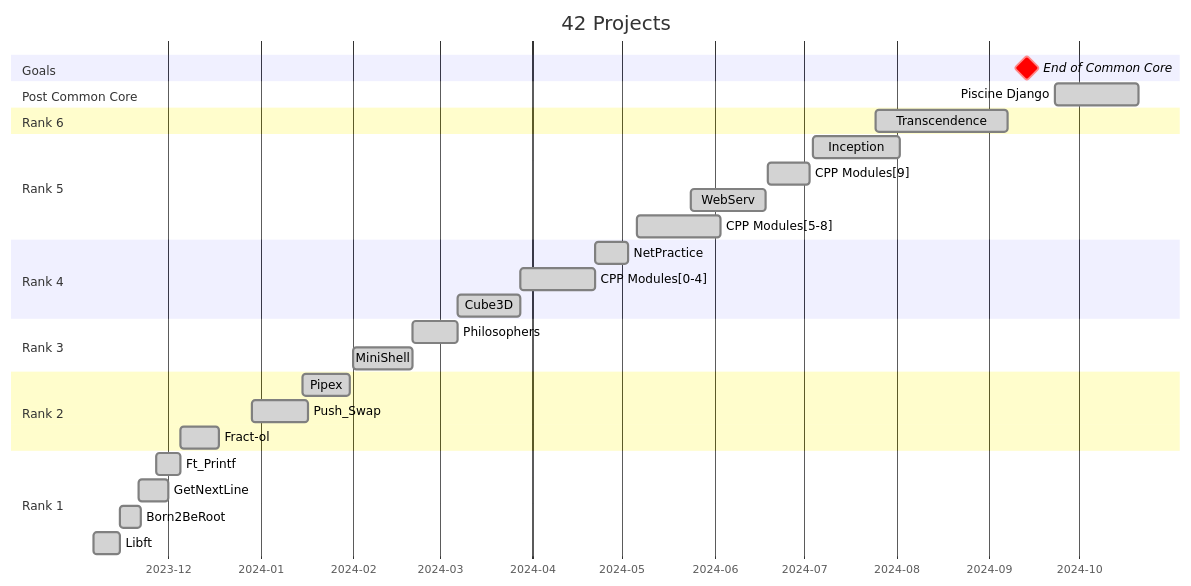
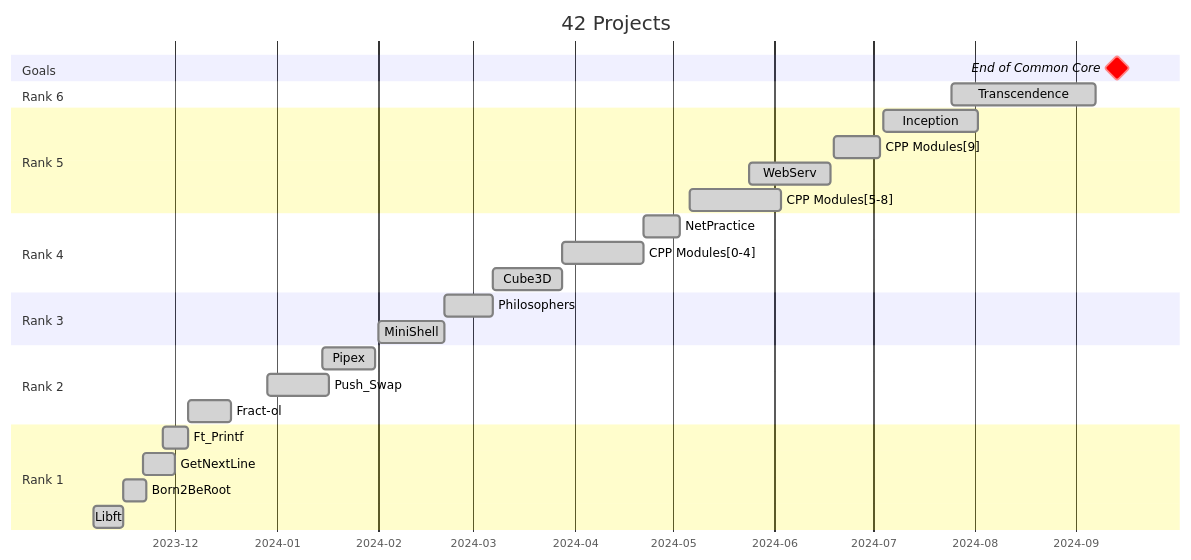
One commit to Tablerase/42_Projects changed the second of 3 diagrams in README.md. Above: the diagram before and after it, drawn with Mermaid. The commit also changed other lines of this file and 2 other files, not shown here.

````diff
--- a/README.md
+++ b/README.md
@@ -93,43 +129,39 @@
 ```mermaid
 gantt
     title 42 Projects
     dateFormat  YYYY-MM-DD
     axisFormat %Y-%m
     todayMarker on
 
     section Goals
     End of Common Core : milestone, crit, m1, 2024-09-07, 2024-09-20
-
-
-    section Post Common Core
-    Piscine Django : done, 2024-09-23, 4w
 
     section Rank 6
     Transcendence : done, 2024-07-25, 2024-09-07
 
     section Rank 5
     Inception : done, 2024-07-04, 2024-08-02
     CPP Modules[9] : done, 2024-06-19, 2024-07-03
     WebServ : done, 2024-05-24, 2024-06-18
     CPP Modules[5-8] : done, 2024-05-06, 4w
 
     section Rank 4
     NetPractice : done, 2024-04-22, 2024-05-03
     CPP Modules[0-4] : done, 2024-03-28, 2024-04-22
     Cube3D :done, 2024-03-07, 2024-03-28
   
     section Rank 3
     Philosophers :done, 2024-02-21, 2024-03-07
     MiniShell :done, 2024-02-01, 2024-02-21
 
     section Rank 2
     Pipex :done, 2024-01-15, 2024-01-31
     Push_Swap :done, 2023-12-29, 2024-01-17
     Fract-ol :done, 2023-12-05, 2023-12-18
 
     section Rank 1
     Ft_Printf :done, 2023-11-27, 2023-12-05
     GetNextLine :done, 2023-11-21, 2023-12-01
     Born2BeRoot :done, 2023-11-15, 2023-11-22
     Libft :done, 2023-11-06, 2023-11-15
 ```
````
